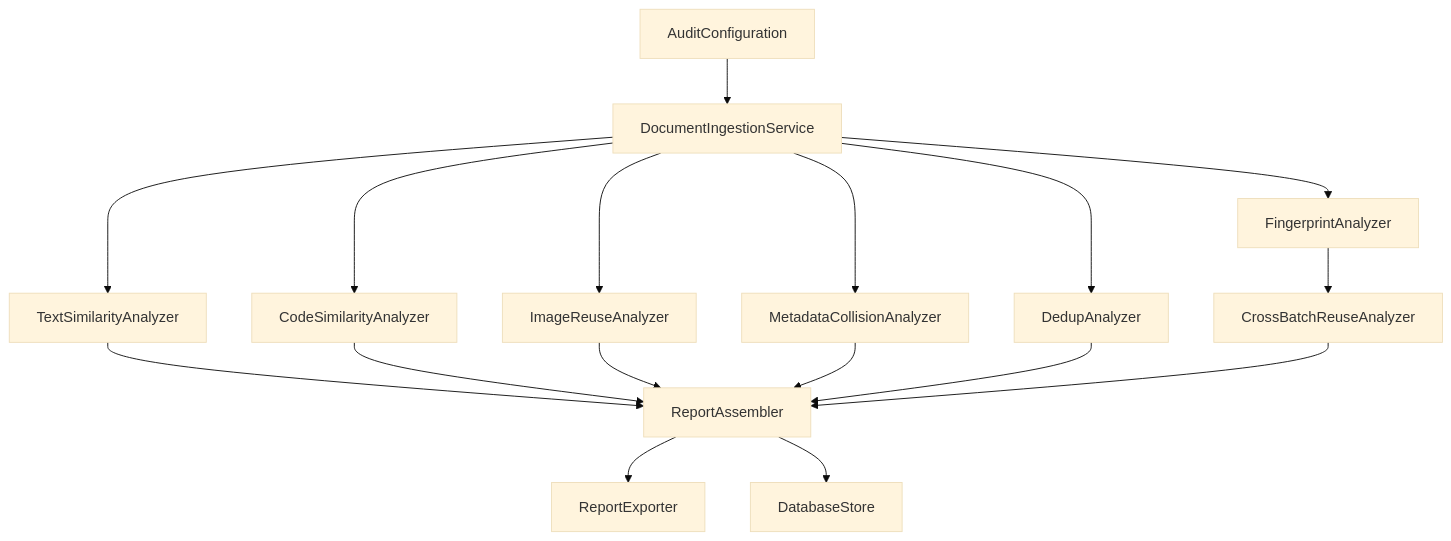
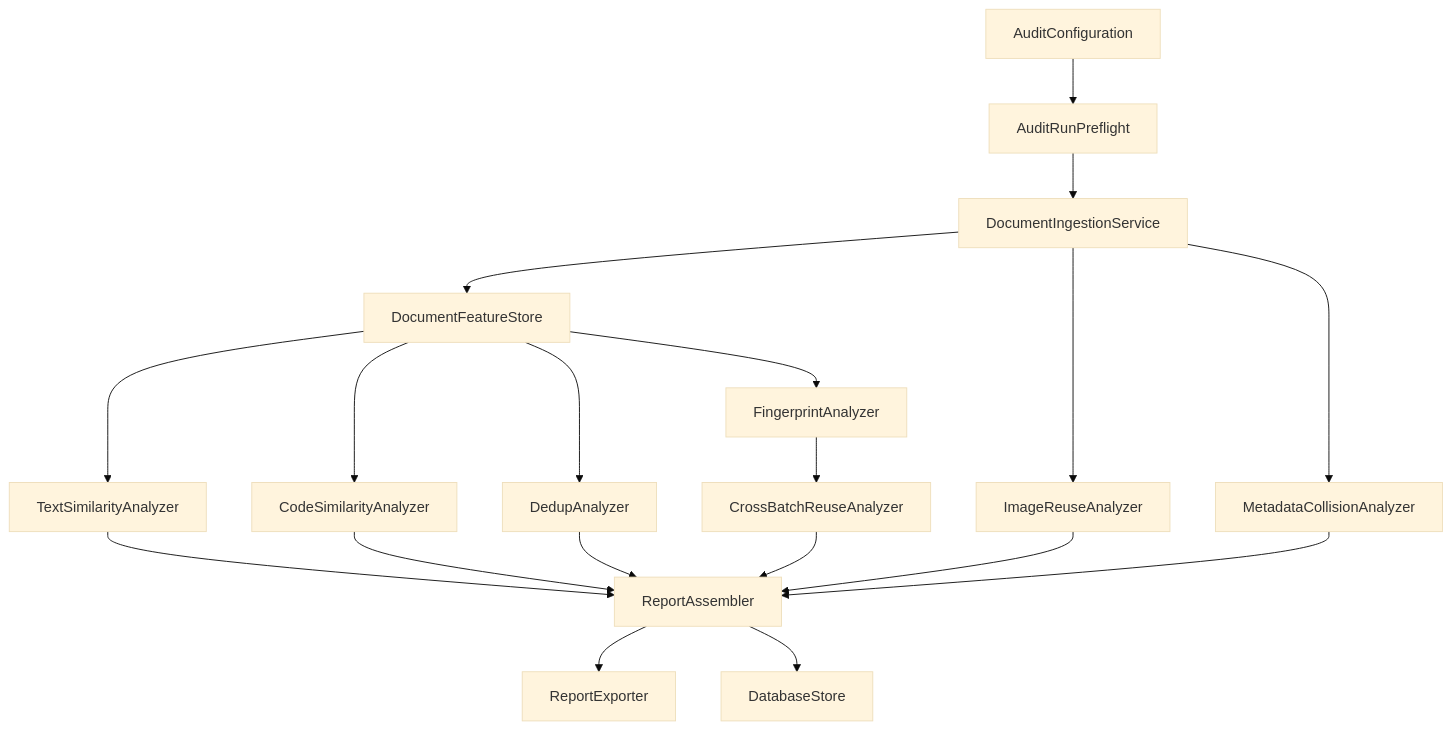
One commit to D1a0y1bb/PitcherPlant changed the second of 2 diagrams in README.md. Above: the diagram before and after it, drawn with Mermaid (base theme). The commit also changed other lines of this file and 10 other files, not shown here.

````diff
--- a/README.md
+++ b/README.md
@@ -182,19 +195,21 @@
 ```mermaid
 flowchart TD
-    A["AuditConfiguration"] --> B["DocumentIngestionService"]
-    B --> C["TextSimilarityAnalyzer"]
-    B --> D["CodeSimilarityAnalyzer"]
-    B --> E["ImageReuseAnalyzer"]
-    B --> F["MetadataCollisionAnalyzer"]
-    B --> G["DedupAnalyzer"]
-    B --> H["FingerprintAnalyzer"]
-    H --> I["CrossBatchReuseAnalyzer"]
-    C --> J["ReportAssembler"]
-    D --> J
-    E --> J
-    F --> J
-    G --> J
-    I --> J
-    J --> K["ReportExporter"]
-    J --> L["DatabaseStore"]
+    A["AuditConfiguration"] --> B["AuditRunPreflight"]
+    B --> C["DocumentIngestionService"]
+    C --> D["DocumentFeatureStore"]
+    D --> E["TextSimilarityAnalyzer"]
+    D --> F["CodeSimilarityAnalyzer"]
+    C --> G["ImageReuseAnalyzer"]
+    C --> H["MetadataCollisionAnalyzer"]
+    D --> I["DedupAnalyzer"]
+    D --> J["FingerprintAnalyzer"]
+    J --> K["CrossBatchReuseAnalyzer"]
+    E --> L["ReportAssembler"]
+    F --> L
+    G --> L
+    H --> L
+    I --> L
+    K --> L
+    L --> M["ReportExporter"]
+    L --> N["DatabaseStore"]
 ```
````
